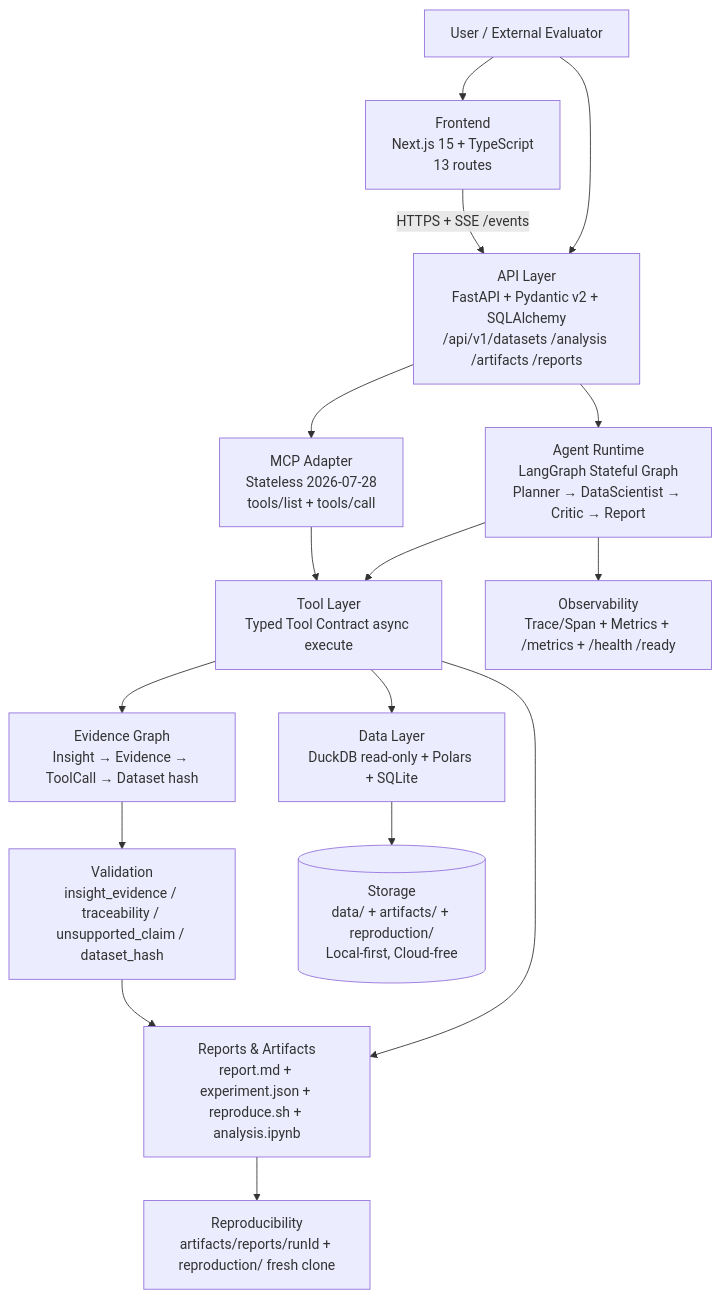
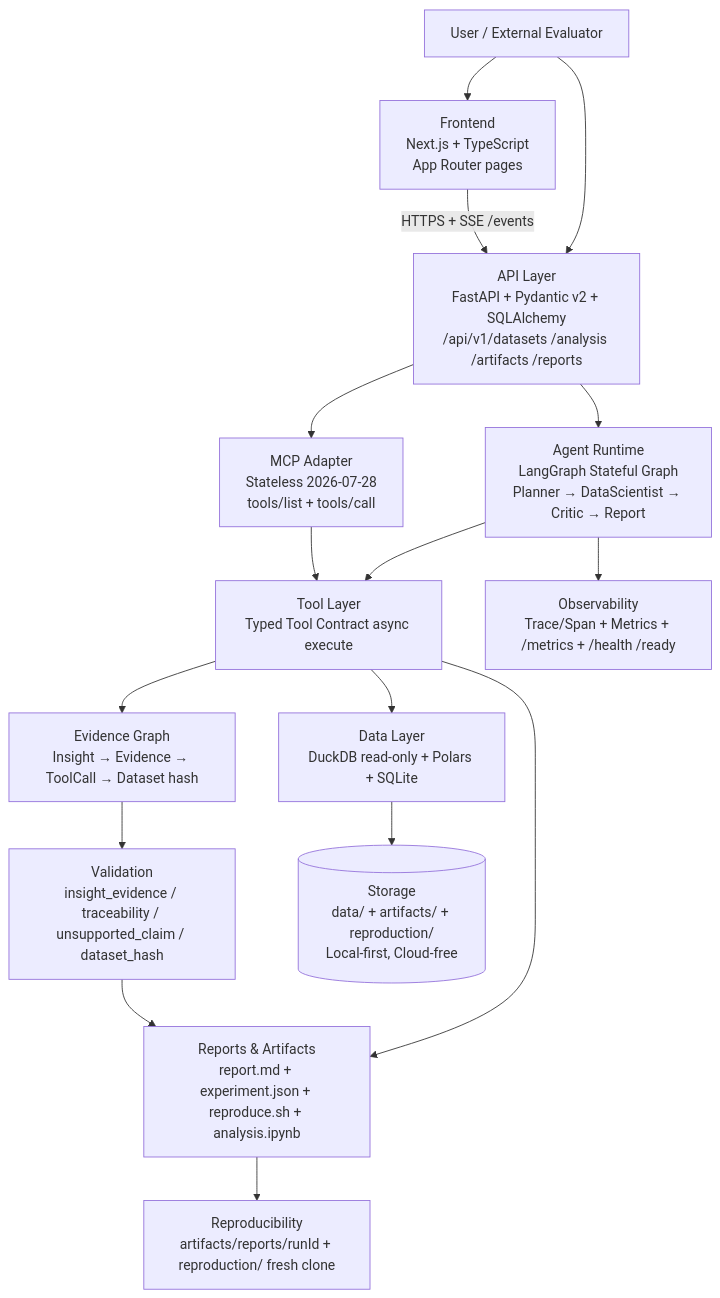
One commit to Jackxiaozhiren/data-science-agent changed the first of 7 diagrams in docs/architecture.md. Above: the diagram before and after it, drawn with Mermaid. The commit also changed other lines of this file and 2 other files, not shown here.

Commit message:
docs(audit): §63 drop the counts three live pages each got wrong in a different way
architecture.md said the Tool Layer has 17 tools, mcp.md said 18, MCP_DESIGN.md said ~13; on
disk there are 18 tool modules and the MCP surface advertises 19 entries. The same page pinned
"Next.js 15 / 13 routes" while apps/web declares 16.3.4 and has 16 page.tsx files.

Removed rather than corrected, per §3: a number a reader can derive from the repository has no
business being in a document, because fixing it only schedules the next rot. The version and
count are gone; the structural claims they carried are still readable from the tree.

Left alone deliberately: the "checkpoints" and "max_steps 20" phrases on the same line are
D-L8-02 and D-L7-01, whose honest resolutions (inject a checkpointer, wire the budget) are
product decisions, not doc edits.

````diff
--- a/docs/architecture.md
+++ b/docs/architecture.md
@@ -9,18 +9,18 @@
 ```mermaid
 flowchart TB
-    U[User / External Evaluator] --> WEB[Frontend<br/>Next.js 15 + TypeScript<br/>13 routes]
+    U[User / External Evaluator] --> WEB[Frontend<br/>Next.js + TypeScript<br/>App Router pages]
     U --> API[API Layer<br/>FastAPI + Pydantic v2 + SQLAlchemy<br/>/api/v1/datasets /analysis /artifacts /reports]
     WEB -->|HTTPS + SSE /events| API
     API --> G[Agent Runtime<br/>LangGraph Stateful Graph<br/>Planner → DataScientist → Critic → Report]
     G --> TL[Tool Layer<br/>Typed Tool Contract async execute]
     TL --> DL[Data Layer<br/>DuckDB read-only + Polars + SQLite]
     TL --> EL[Evidence Graph<br/>Insight → Evidence → ToolCall → Dataset hash]
     TL --> RL[Reports & Artifacts<br/>report.md + experiment.json + reproduce.sh + analysis.ipynb]
     G --> OBS[Observability<br/>Trace/Span + Metrics + /metrics + /health /ready]
     EL --> VAL[Validation<br/>insight_evidence / traceability / unsupported_claim / dataset_hash]
     VAL --> RL
     RL --> REP[Reproducibility<br/>artifacts/reports/runId + reproduction/ fresh clone]
     API --> MCP[MCP Adapter<br/>Stateless 2026-07-28<br/>tools/list + tools/call]
     MCP --> TL
     DL --> STORE[(Storage<br/>data/ + artifacts/ + reproduction/<br/>Local-first, Cloud-free)]
 ```
````
